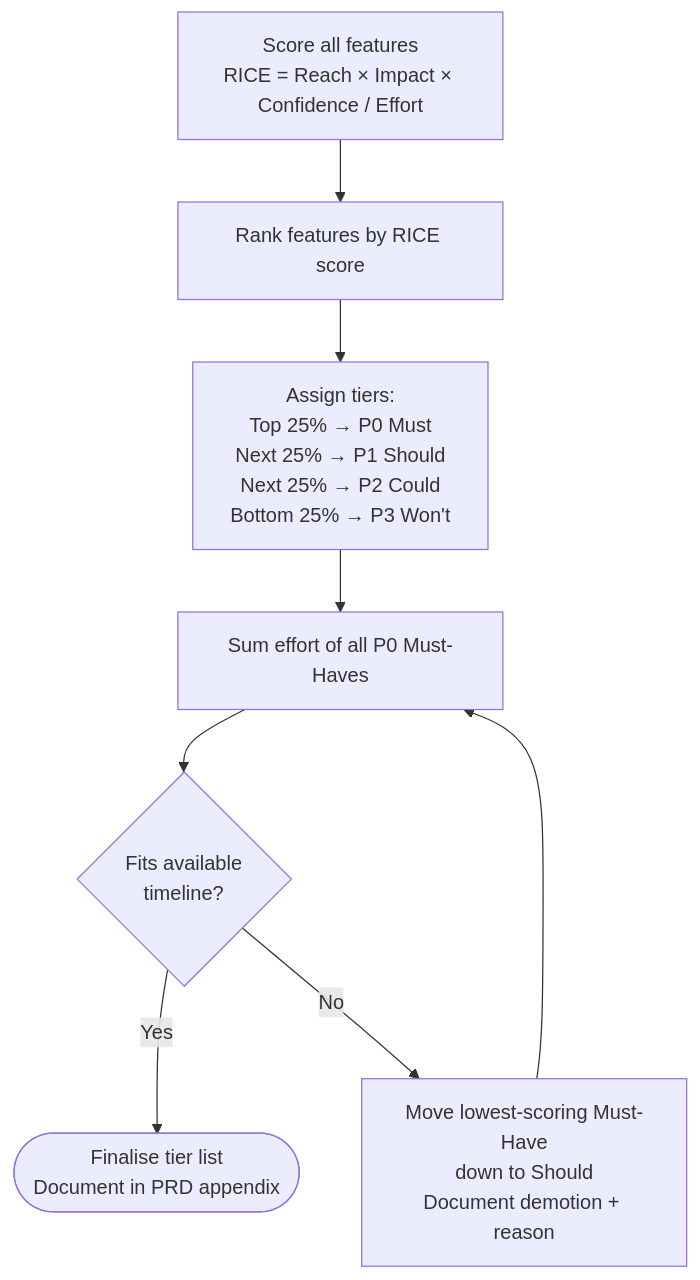
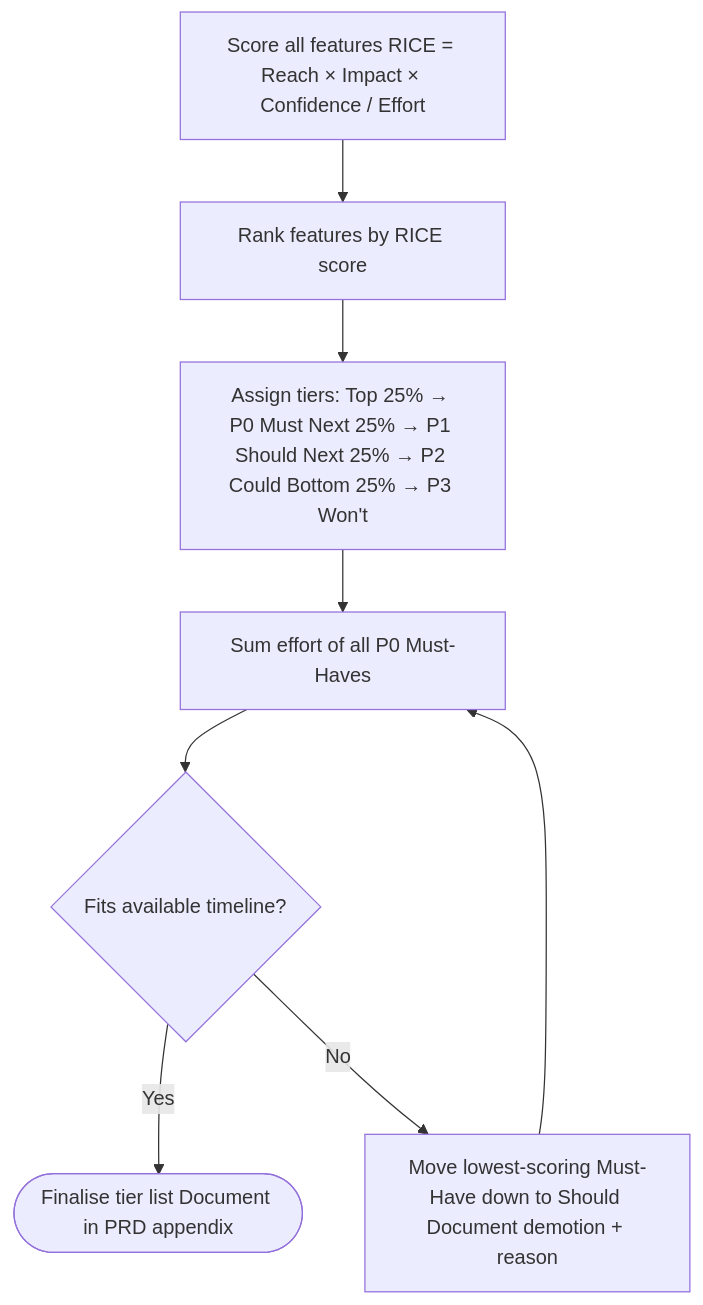
The first of 5 diagrams in .cursor/skills/00-product-workflow/pm-prioritization.md (ivanyeors/product-agentic-templates), drawn with Mermaid before and after one commit. The commit also changed other lines of this file and 39 other files, not shown here.

````diff
--- a/.cursor/skills/00-product-workflow/pm-prioritization.md
+++ b/.cursor/skills/00-product-workflow/pm-prioritization.md
@@ -54,10 +55,10 @@
 ```mermaid
 flowchart TD
-    score[Score all features\nRICE = Reach × Impact × Confidence / Effort] --> rank[Rank features by RICE score]
-    rank --> assign[Assign tiers:\nTop 25% → P0 Must\nNext 25% → P1 Should\nNext 25% → P2 Could\nBottom 25% → P3 Won't]
+    score[Score all features RICE = Reach × Impact × Confidence / Effort] --> rank[Rank features by RICE score]
+    rank --> assign[Assign tiers: Top 25% → P0 Must Next 25% → P1 Should Next 25% → P2 Could Bottom 25% → P3 Won't]
     assign --> sumEffort[Sum effort of all P0 Must-Haves]
-    sumEffort --> fits{Fits available\ntimeline?}
-    fits -->|Yes| done([Finalise tier list\nDocument in PRD appendix])
-    fits -->|No| demote[Move lowest-scoring Must-Have\ndown to Should\nDocument demotion + reason]
+    sumEffort --> fits{Fits available timeline?}
+    fits -->|Yes| done([Finalise tier list Document in PRD appendix])
+    fits -->|No| demote[Move lowest-scoring Must-Have down to Should Document demotion + reason]
     demote --> sumEffort
 ```
````
